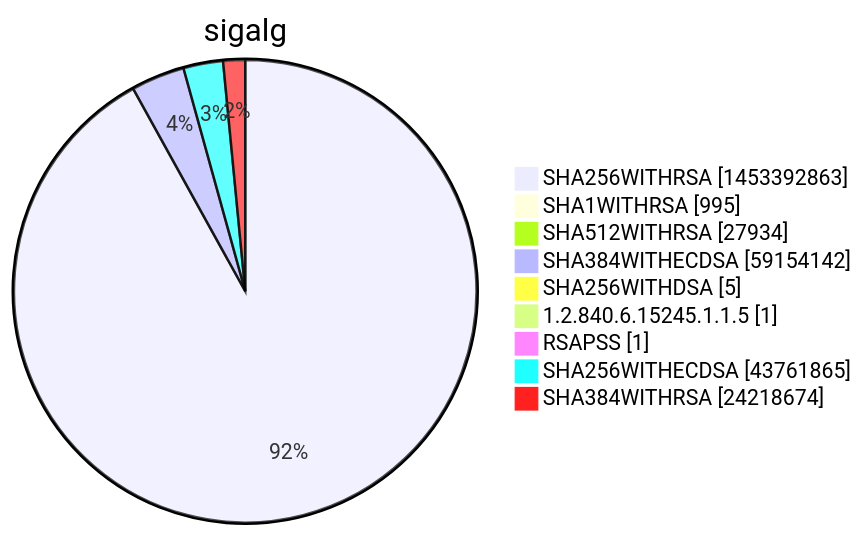
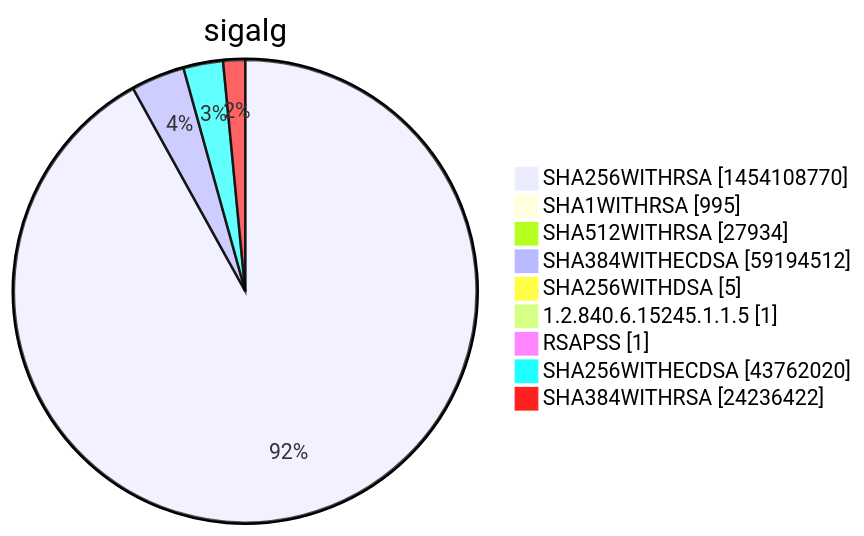
One commit to christiankrug/ctmonitor_visualization changed diagram 15 of 15 in xenon2022/README.md. Above: the diagram before and after it, drawn with Mermaid. The commit also changed other lines of this file, not shown here.

````diff
--- a/xenon2022/README.md
+++ b/xenon2022/README.md
@@ -5862,13 +5862,13 @@
 ```mermaid
 pie showData
 title sigalg
-"SHA256WITHRSA" :1453392863
+"SHA256WITHRSA" :1454108770
 "SHA1WITHRSA" :995
 "SHA512WITHRSA" :27934
-"SHA384WITHECDSA" :59154142
+"SHA384WITHECDSA" :59194512
 "SHA256WITHDSA" :5
 "1.2.840.6.15245.1.1.5" :1
 "RSAPSS" :1
-"SHA256WITHECDSA" :43761865
-"SHA384WITHRSA" :24218674
+"SHA256WITHECDSA" :43762020
+"SHA384WITHRSA" :24236422
 ```
````
